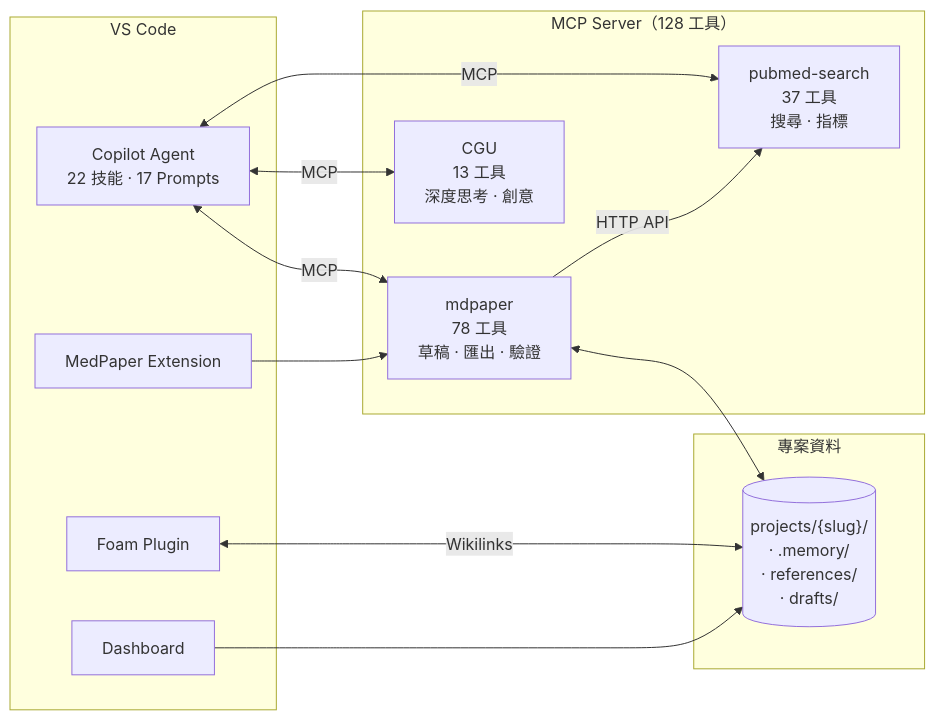
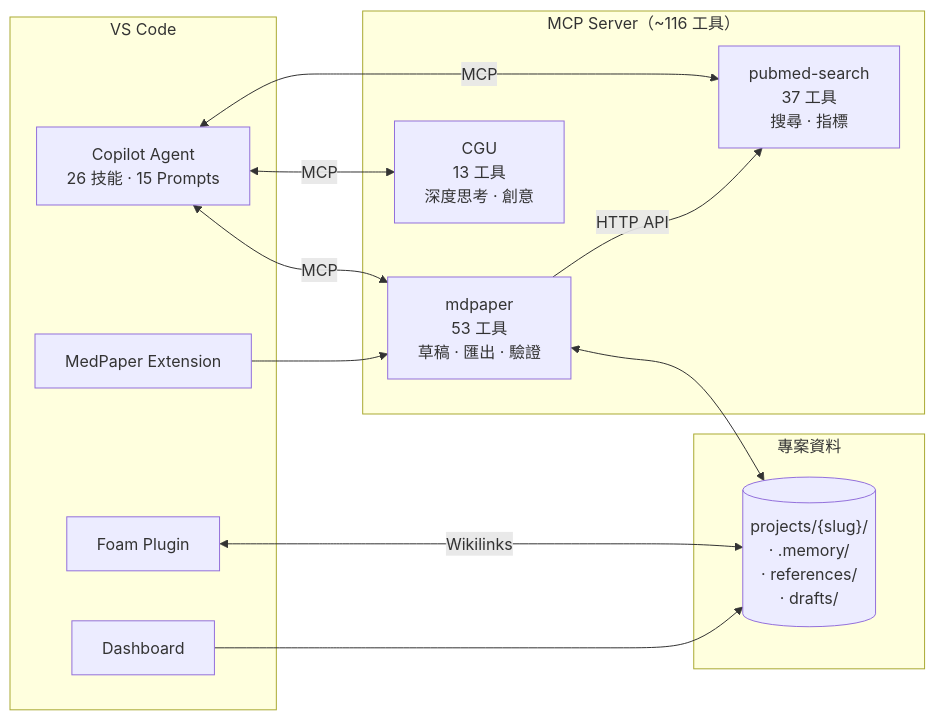
One commit to u9401066/med-paper-assistant changed the diagram in README.zh-TW.md. Above: the diagram before and after it, drawn with Mermaid. The commit also changed other lines of this file and 8 other files, not shown here.

````diff
--- a/README.zh-TW.md
+++ b/README.zh-TW.md
@@ -40,28 +40,28 @@
 ```mermaid
 flowchart LR
     subgraph IDE["VS Code"]
-        Agent["Copilot Agent<br/>22 技能 · 17 Prompts"]
+        Agent["Copilot Agent<br/>26 技能 · 15 Prompts"]
         Foam[Foam Plugin]
         Ext[MedPaper Extension]
         Dash[Dashboard]
     end
 
-    subgraph MCP["MCP Server（128 工具）"]
-        mdpaper["mdpaper<br/>78 工具<br/>草稿 · 匯出 · 驗證"]
+    subgraph MCP["MCP Server（~116 工具）"]
+        mdpaper["mdpaper<br/>53 工具<br/>草稿 · 匯出 · 驗證"]
         pubmed["pubmed-search<br/>37 工具<br/>搜尋 · 指標"]
         cgu["CGU<br/>13 工具<br/>深度思考 · 創意"]
     end
 
     subgraph Data["專案資料"]
         proj[("projects/{slug}/<br/>· .memory/<br/>· references/<br/>· drafts/")]
     end
 
     Agent <-->|MCP| mdpaper
     Agent <-->|MCP| pubmed
     Agent <-->|MCP| cgu
     mdpaper -->|HTTP API| pubmed
     Foam <-->|Wikilinks| proj
     mdpaper <--> proj
     Ext --> mdpaper
     Dash --> proj
 ```
````
